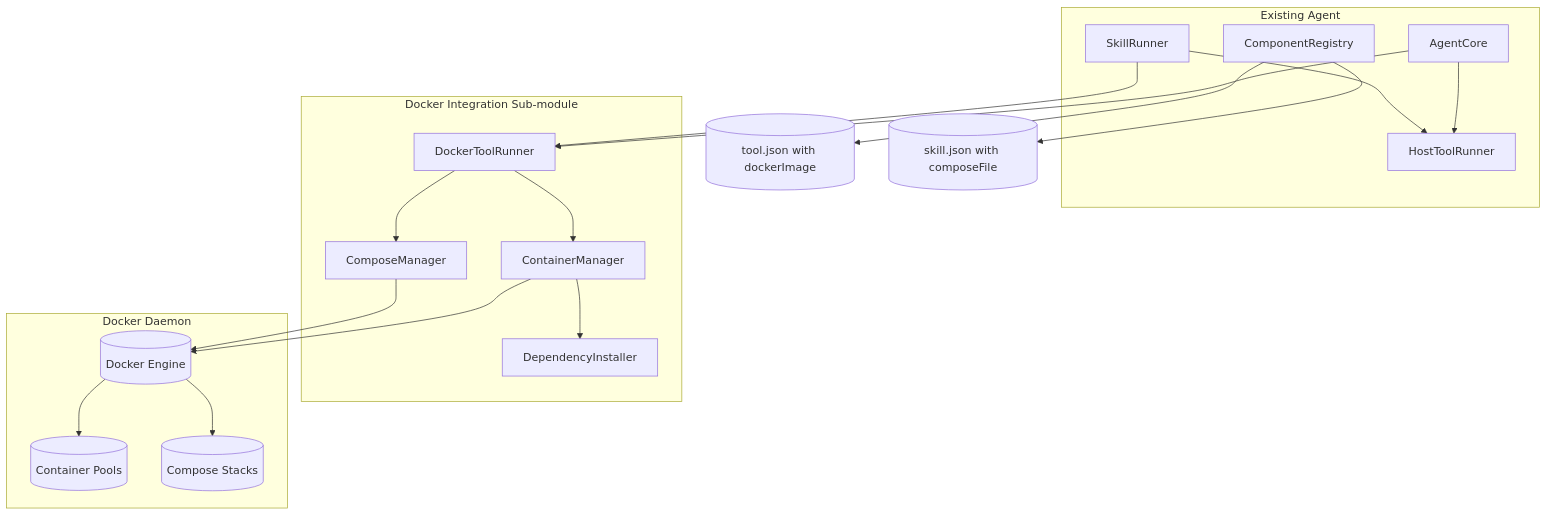
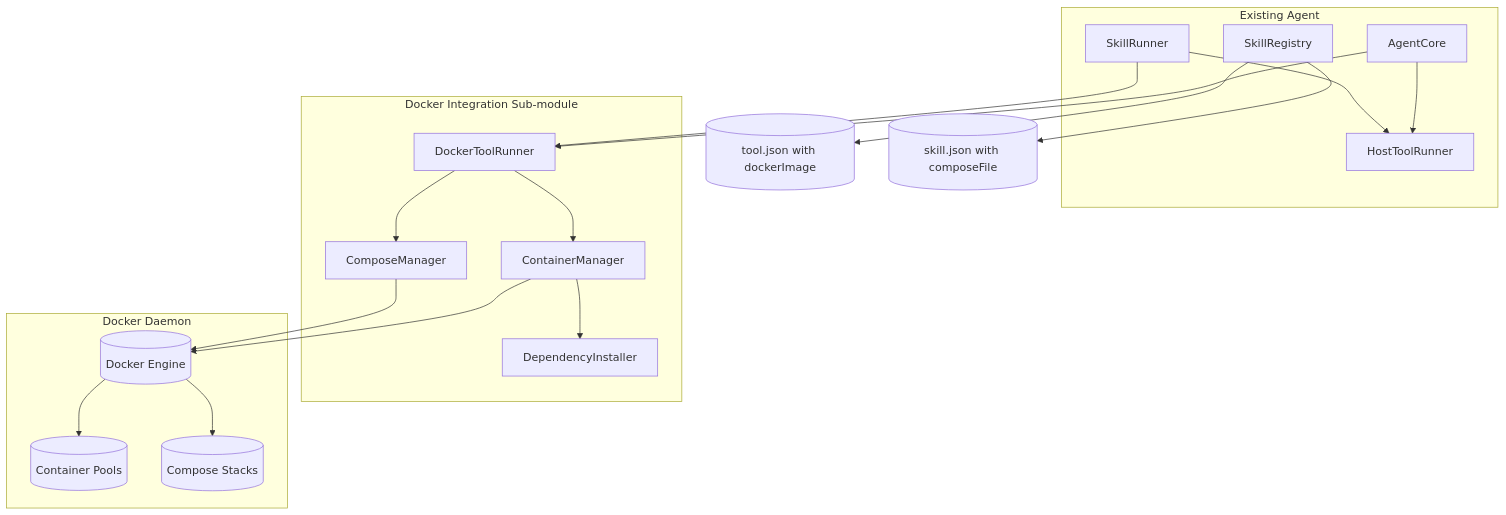
Before and after one commit to opensassi/a0: the first of 5 diagrams in src/docker/technical-specification.md, drawn with Mermaid. The commit also changed 40 other files, not shown here.

````diff
--- a/src/docker/technical-specification.md
+++ b/src/docker/technical-specification.md
@@ -131,39 +131,39 @@
 ```mermaid
 graph TB
     subgraph "Existing Agent"
         Core[AgentCore]
-        Reg[ComponentRegistry]
+        Reg[SkillRegistry]
         SkillRunner[SkillRunner]
         HostRunner[HostToolRunner]
     end
 
     subgraph "Docker Integration Sub‑module"
         DockerRunner[DockerToolRunner]
         ContainerMgr[ContainerManager]
         ComposeMgr[ComposeManager]
         DepInstaller[DependencyInstaller]
     end
 
     subgraph "Docker Daemon"
         Docker[(Docker Engine)]
         Containers[(Container Pools)]
         ComposeStacks[(Compose Stacks)]
     end
 
     Core --> DockerRunner
     Core --> HostRunner
     SkillRunner --> DockerRunner
     SkillRunner --> HostRunner
 
     DockerRunner --> ContainerMgr
     DockerRunner --> ComposeMgr
     ContainerMgr --> DepInstaller
     ContainerMgr --> Docker
     ComposeMgr --> Docker
 
     Docker --> Containers
     Docker --> ComposeStacks
 
     Reg --> ToolJSON[(tool.json with dockerImage)]
     Reg --> SkillJSON[(skill.json with composeFile)]
 ```
````
